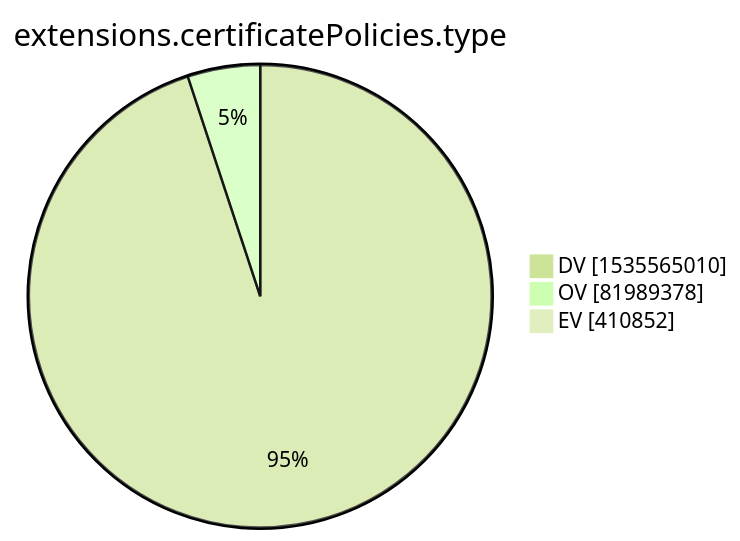
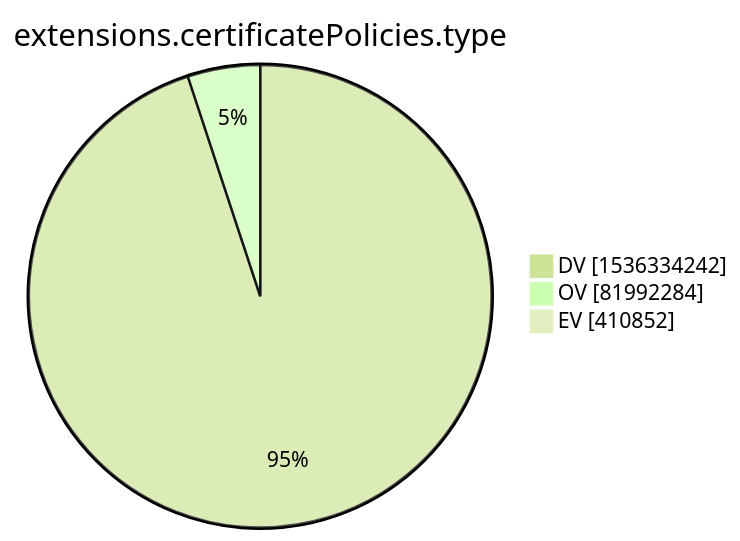
One commit to christiankrug/ctmonitor_visualization changed the tenth of 15 diagrams in xenon2022/README.md. Above: the diagram before and after it, drawn with Mermaid (forest theme). The commit also changed other lines of this file, not shown here.

````diff
--- a/xenon2022/README.md
+++ b/xenon2022/README.md
@@ -2875,7 +2876,7 @@
 ```mermaid
 pie showData
 title extensions.certificatePolicies.type
-"DV" :1535565010
-"OV" :81989378
+"DV" :1536334242
+"OV" :81992284
 "EV" :410852
 ```
````
